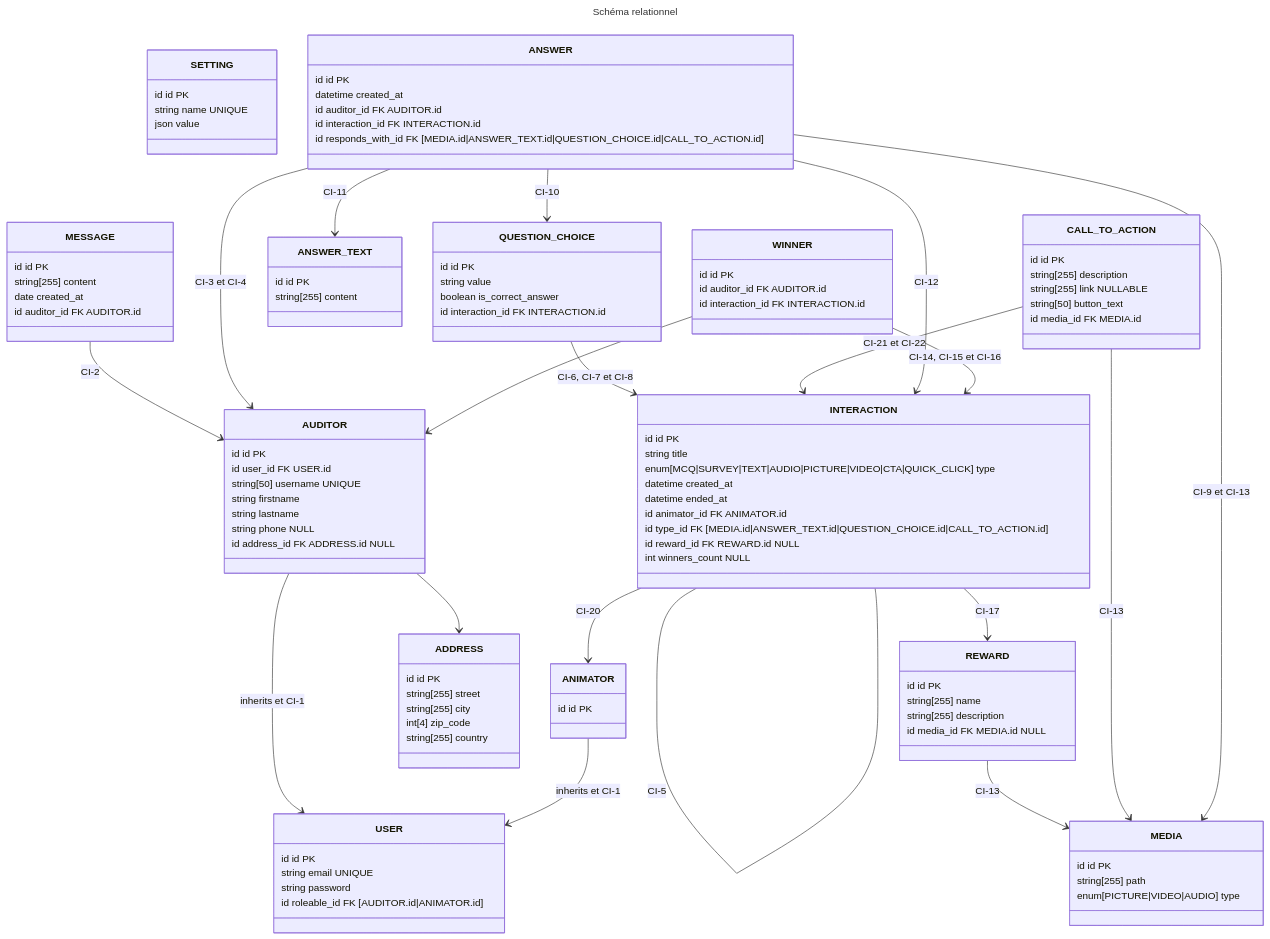
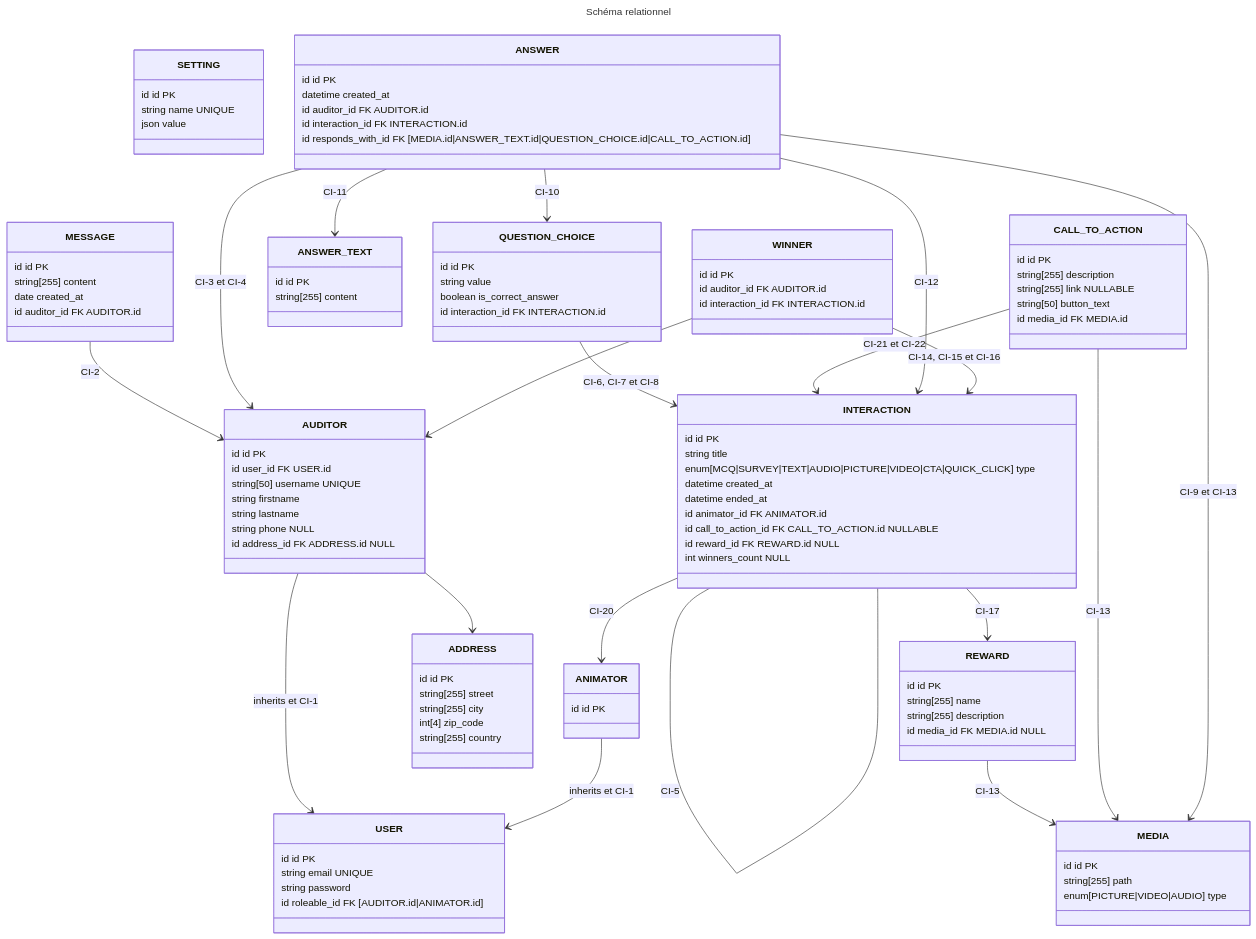
One commit to C-Super/couleur3 changed the diagram in docs/database/relational-schema.md. Above: the diagram before and after it, drawn with Mermaid. The commit also changed 3 other files, not shown here.

```diff
--- a/docs/database/relational-schema.md
+++ b/docs/database/relational-schema.md
@@ -59,7 +59,7 @@
         datetime created_at
         datetime ended_at
         id animator_id FK ANIMATOR.id
-        id type_id FK [MEDIA.id|ANSWER_TEXT.id|QUESTION_CHOICE.id|CALL_TO_ACTION.id]
+        id call_to_action_id FK CALL_TO_ACTION.id NULLABLE
         id reward_id FK REWARD.id NULL
         int winners_count NULL
     }
```
